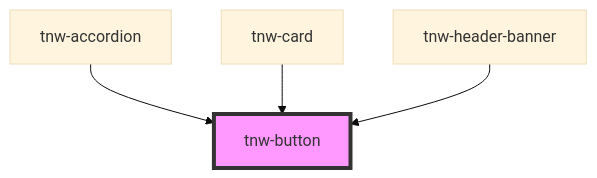
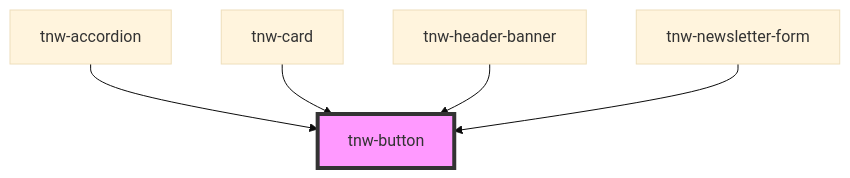
Before and after one commit to technway/technway-component-library: the diagram in packages/stencil-library/src/components/tnw-button/readme.md, drawn with Mermaid (base theme). The commit also changed other lines of this file and 19 other files, not shown here.

Commit message:
feat(tnw-newsletter-form): introduce new component

````diff
--- a/packages/stencil-library/src/components/tnw-button/readme.md
+++ b/packages/stencil-library/src/components/tnw-button/readme.md
@@ -90,7 +91,8 @@
 ```mermaid
 graph TD;
   tnw-accordion --> tnw-button
   tnw-card --> tnw-button
   tnw-header-banner --> tnw-button
+  tnw-newsletter-form --> tnw-button
   style tnw-button fill:#f9f,stroke:#333,stroke-width:4px
 ```
````
